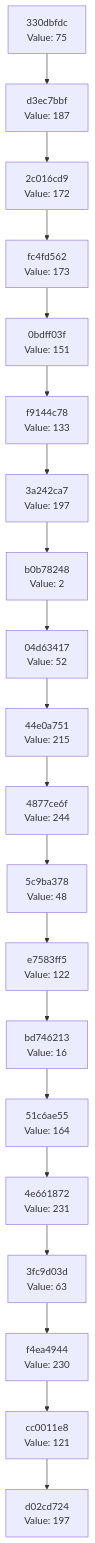
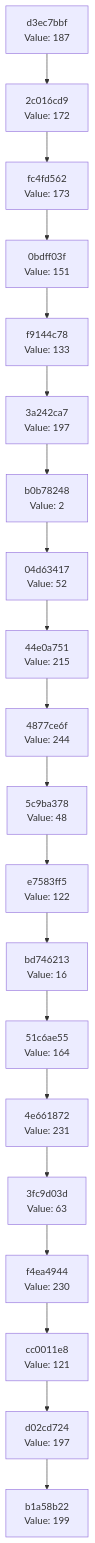
Before and after one commit to Abhisheksinha1506/hash-chain-evolver: the diagram in docs/CHAIN_VISUALIZATION.md, drawn with Mermaid. The commit also changed 1 other file, not shown here.

Commit message:
Evolution step: hash 0xC7 → action executed

````diff
--- a/docs/CHAIN_VISUALIZATION.md
+++ b/docs/CHAIN_VISUALIZATION.md
@@ -3,42 +3,42 @@
 ```mermaid
 graph TD
-    C0["d02cd724<br/>Value: 197"]
-    C1["cc0011e8<br/>Value: 121"]
+    C0["b1a58b22<br/>Value: 199"]
+    C1["d02cd724<br/>Value: 197"]
     C1 --> C0
-    C2["f4ea4944<br/>Value: 230"]
+    C2["cc0011e8<br/>Value: 121"]
     C2 --> C1
-    C3["3fc9d03d<br/>Value: 63"]
+    C3["f4ea4944<br/>Value: 230"]
     C3 --> C2
-    C4["4e661872<br/>Value: 231"]
+    C4["3fc9d03d<br/>Value: 63"]
     C4 --> C3
-    C5["51c6ae55<br/>Value: 164"]
+    C5["4e661872<br/>Value: 231"]
     C5 --> C4
-    C6["bd746213<br/>Value: 16"]
+    C6["51c6ae55<br/>Value: 164"]
     C6 --> C5
-    C7["e7583ff5<br/>Value: 122"]
+    C7["bd746213<br/>Value: 16"]
     C7 --> C6
-    C8["5c9ba378<br/>Value: 48"]
+    C8["e7583ff5<br/>Value: 122"]
     C8 --> C7
-    C9["4877ce6f<br/>Value: 244"]
+    C9["5c9ba378<br/>Value: 48"]
     C9 --> C8
-    C10["44e0a751<br/>Value: 215"]
+    C10["4877ce6f<br/>Value: 244"]
     C10 --> C9
-    C11["04d63417<br/>Value: 52"]
+    C11["44e0a751<br/>Value: 215"]
     C11 --> C10
-    C12["b0b78248<br/>Value: 2"]
+    C12["04d63417<br/>Value: 52"]
     C12 --> C11
-    C13["3a242ca7<br/>Value: 197"]
+    C13["b0b78248<br/>Value: 2"]
     C13 --> C12
-    C14["f9144c78<br/>Value: 133"]
+    C14["3a242ca7<br/>Value: 197"]
     C14 --> C13
-    C15["0bdff03f<br/>Value: 151"]
+    C15["f9144c78<br/>Value: 133"]
     C15 --> C14
-    C16["fc4fd562<br/>Value: 173"]
+    C16["0bdff03f<br/>Value: 151"]
     C16 --> C15
-    C17["2c016cd9<br/>Value: 172"]
+    C17["fc4fd562<br/>Value: 173"]
     C17 --> C16
-    C18["d3ec7bbf<br/>Value: 187"]
+    C18["2c016cd9<br/>Value: 172"]
     C18 --> C17
-    C19["330dbfdc<br/>Value: 75"]
+    C19["d3ec7bbf<br/>Value: 187"]
     C19 --> C18
 ```
````
